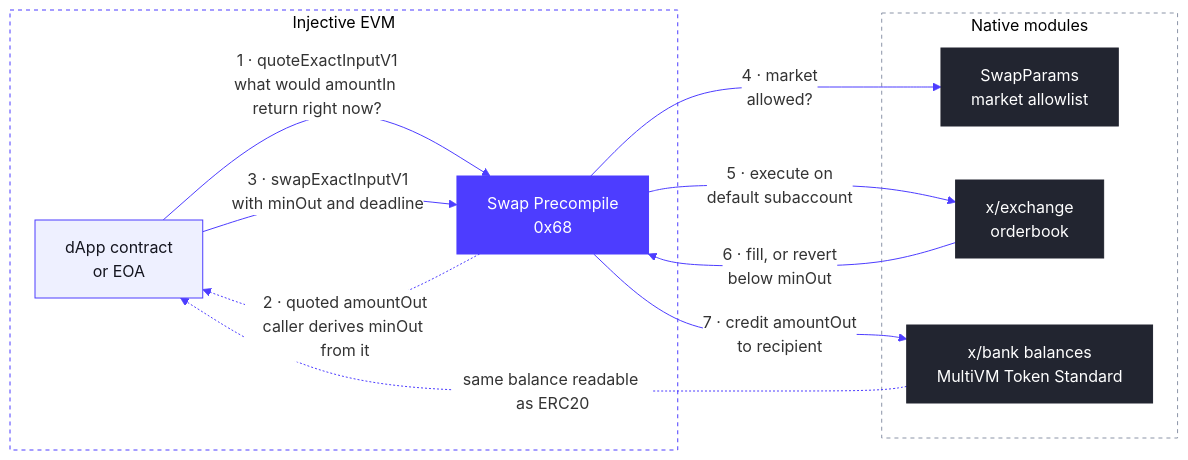
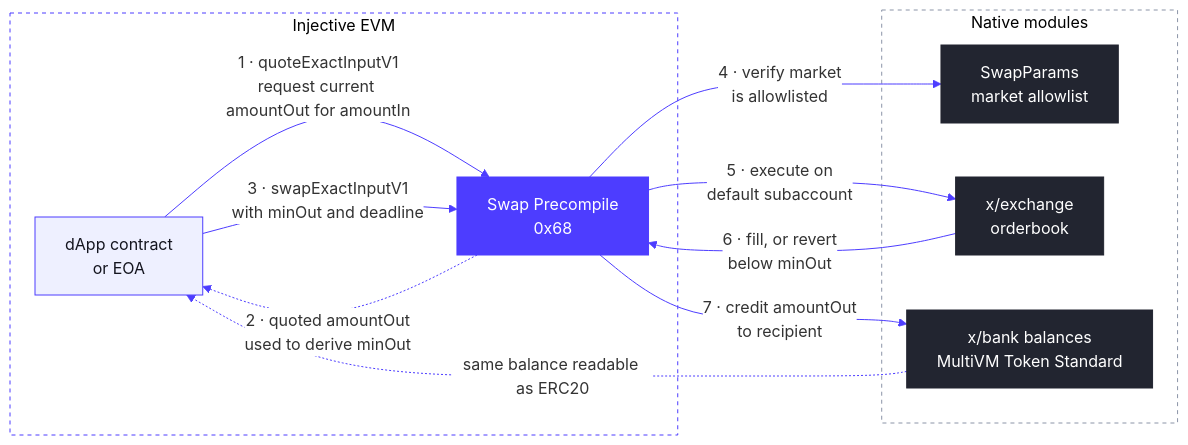
One commit to InjectiveLabs/injective-docs changed the diagram in .gitbook/developers-evm/swap-precompile.mdx. Above: the diagram before and after it, drawn with Mermaid. The commit also changed other lines of this file, not shown here.

Commit message:
Update diagram

````diff
--- a/.gitbook/developers-evm/swap-precompile.mdx
+++ b/.gitbook/developers-evm/swap-precompile.mdx
@@ -16,30 +16,30 @@
 ```mermaid
 %%{init: {"theme": "base", "themeVariables": {"background": "#FFFFFF", "primaryColor": "#FFFFFF", "lineColor": "#4D3DFF", "textColor": "#14151F"}}}%%
 flowchart LR
     subgraph EVM["Injective EVM"]
         CALLER["dApp contract<br/>or EOA"]
         SWAP["Swap Precompile<br/>0x68"]
     end
     subgraph NATIVE["Native modules"]
         PARAMS["SwapParams<br/>market allowlist"]
         EXCH["x/exchange<br/>orderbook"]
         BANK["x/bank balances<br/>MultiVM Token Standard"]
     end
-    CALLER -->|"1 · quoteExactInputV1<br/>what would amountIn return right now?"| SWAP
-    SWAP -.->|"2 · quoted amountOut<br/>caller derives minOut from it"| CALLER
+    CALLER -->|"1 · quoteExactInputV1<br/>request current amountOut for amountIn"| SWAP
+    SWAP -.->|"2 · quoted amountOut<br/>used to derive minOut"| CALLER
     CALLER -->|"3 · swapExactInputV1<br/>with minOut and deadline"| SWAP
-    SWAP -->|"4 · market<br/>allowed?"| PARAMS
+    SWAP -->|"4 · verify market<br/>is allowlisted"| PARAMS
     SWAP -->|"5 · execute on<br/>default subaccount"| EXCH
     EXCH -->|"6 · fill, or revert<br/>below minOut"| SWAP
     SWAP -->|"7 · credit amountOut<br/>to recipient"| BANK
     BANK -.->|"same balance readable as ERC20"| CALLER
 
     classDef caller fill:#EEF0FF,stroke:#4D3DFF,color:#14151F
     classDef precompile fill:#4D3DFF,stroke:#4D3DFF,color:#FFFFFF
     classDef native fill:#222530,stroke:#222530,color:#FFFFFF
     class CALLER caller
     class SWAP precompile
     class PARAMS,EXCH,BANK native
     style EVM fill:#FFFFFF,stroke:#4D3DFF,stroke-dasharray:4
     style NATIVE fill:#FFFFFF,stroke:#8B94A7,stroke-dasharray:4
 ```
````
